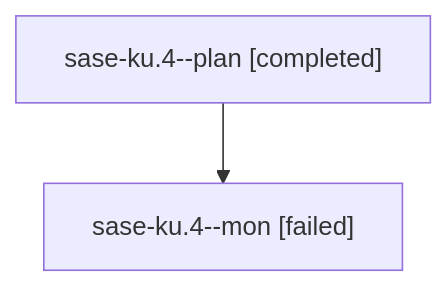
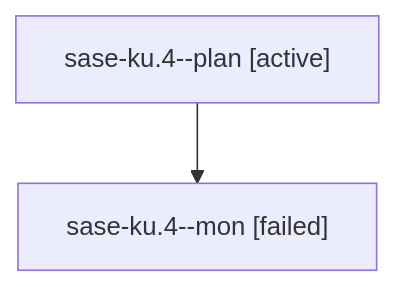
The diagram in families/bbugyi200.athena.sase-ku.4.md (sase-org/sase--agents), drawn with Mermaid before and after one commit. The commit also changed other lines of this file and 35830 other files, not shown here.

````diff
--- a/families/bbugyi200.athena.sase-ku.4.md
+++ b/families/bbugyi200.athena.sase-ku.4.md
@@ -9,6 +9,6 @@
 ```mermaid
 flowchart TD
-  n0["sase-ku.4--plan [completed]"]
+  n0["sase-ku.4--plan [active]"]
   n1["sase-ku.4--mon [failed]"]
   n0 --> n1
 ```
````
